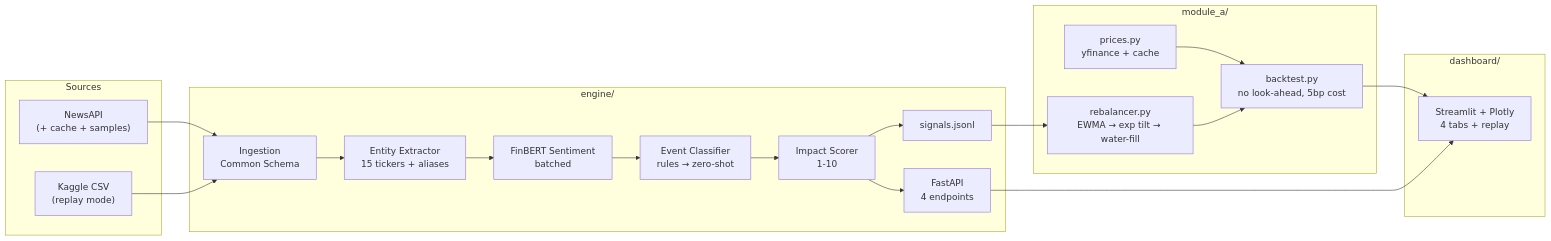
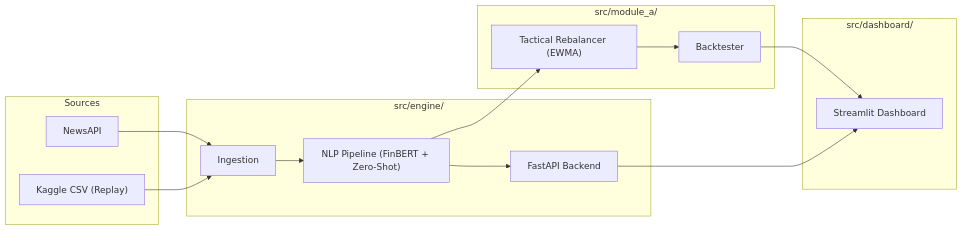
Before and after one commit to Pradeepmodak/-NIT-jamshedpur---Pradeep-Modak---code-to-connect-Hackathon---Finals-: the diagram in README.md, drawn with Mermaid. The commit also changed other lines of this file and 29 other files, not shown here.

````diff
--- a/README.md
+++ b/README.md
@@ -9,37 +31,26 @@
 ```mermaid
 flowchart LR
     subgraph Sources
-        NEWS["NewsAPI\n(+ cache + samples)"]
-        TWEETS["Kaggle CSV\n(replay mode)"]
+        NEWS["NewsAPI"]
+        TWEETS["Kaggle CSV (Replay)"]
     end
-
-    subgraph Engine["engine/"]
-        ING["Ingestion\nCommon Schema"]
-        ENT["Entity Extractor\n15 tickers + aliases"]
-        FIN["FinBERT Sentiment\nbatched"]
-        EVT["Event Classifier\nrules → zero-shot"]
-        IMP["Impact Scorer\n1-10"]
-        API["FastAPI\n4 endpoints"]
-        JSONL["signals.jsonl"]
+    subgraph Core Engine ["src/engine/"]
+        ING["Ingestion"]
+        NLP["NLP Pipeline (FinBERT + Zero-Shot)"]
+        API["FastAPI Backend"]
     end
-
-    subgraph ModA["module_a/"]
-        PRC["prices.py\nyfinance + cache"]
-        REB["rebalancer.py\nEWMA → exp tilt → water-fill"]
-        BKT["backtest.py\nno look-ahead, 5bp cost"]
+    subgraph Downstream ["src/module_a/"]
+        REB["Tactical Rebalancer (EWMA)"]
+        BKT["Backtester"]
     end
-
-    subgraph Dash["dashboard/"]
-        ST["Streamlit + Plotly\n4 tabs + replay"]
+    subgraph UI ["src/dashboard/"]
+        ST["Streamlit Dashboard"]
     end
-
     NEWS --> ING
     TWEETS --> ING
-    ING --> ENT --> FIN --> EVT --> IMP --> API
-    IMP --> JSONL
-    JSONL --> REB
-    PRC --> BKT
+    ING --> NLP --> API
+    NLP --> REB
     REB --> BKT
     BKT --> ST
     API --> ST
 ```
````
